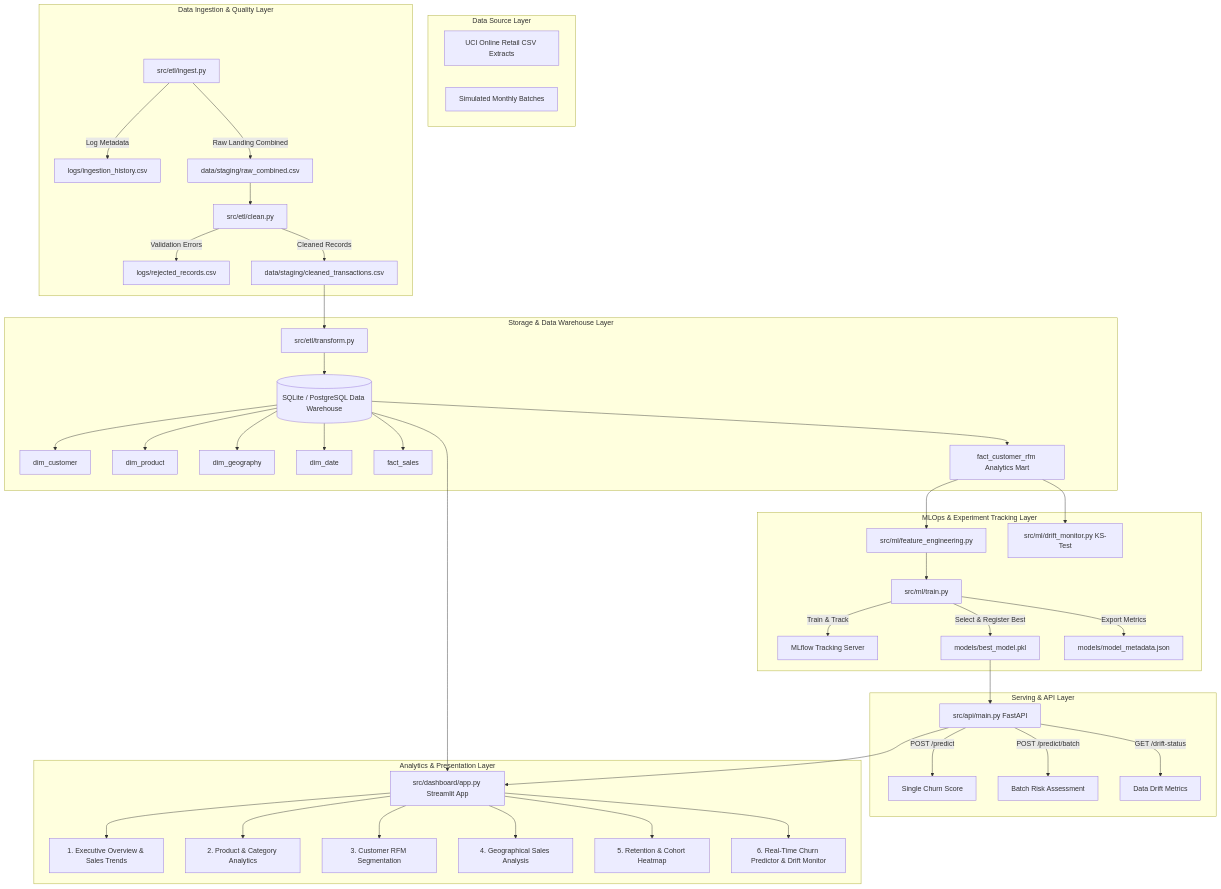
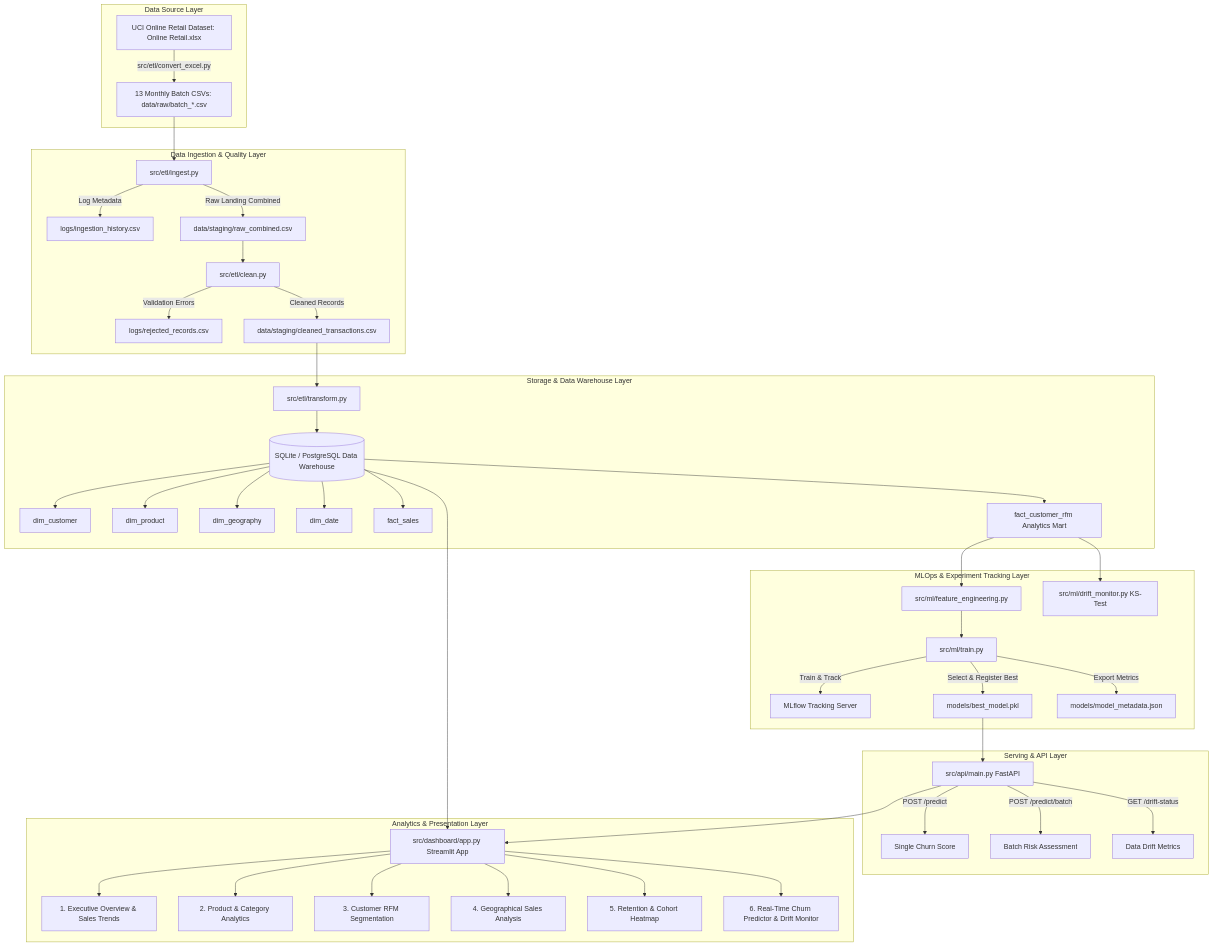
The diagram in docs/architecture_diagram.md (muhammadnavas/ecommerce-churn-mlops-platform), drawn with Mermaid before and after one commit. The commit also changed 32 other files, not shown here.

Commit message:
feat: Integrate real-world UCI Online Retail dataset into ETL & MLOps platform

````diff
--- a/docs/architecture_diagram.md
+++ b/docs/architecture_diagram.md
@@ -7,53 +7,54 @@
 ```mermaid
 flowchart TD
     subgraph Data Source Layer
-        A1[UCI Online Retail CSV Extracts]
-        A2[Simulated Monthly Batches]
+        A1[UCI Online Retail Dataset: Online Retail.xlsx]
+        A1 -->|src/etl/convert_excel.py| A2[13 Monthly Batch CSVs: data/raw/batch_*.csv]
     end
 
     subgraph Data Ingestion & Quality Layer
-        B1[src/etl/ingest.py] -->|Log Metadata| B2[logs/ingestion_history.csv]
+        A2 --> B1[src/etl/ingest.py]
+        B1 -->|Log Metadata| B2[logs/ingestion_history.csv]
         B1 -->|Raw Landing Combined| B3[data/staging/raw_combined.csv]
         B3 --> C1[src/etl/clean.py]
         C1 -->|Validation Errors| C2[logs/rejected_records.csv]
         C1 -->|Cleaned Records| C3[data/staging/cleaned_transactions.csv]
     end
 
     subgraph Storage & Data Warehouse Layer
         C3 --> D1[src/etl/transform.py]
         D1 --> DB[(SQLite / PostgreSQL Data Warehouse)]
         DB --> E1[dim_customer]
         DB --> E2[dim_product]
         DB --> E3[dim_geography]
         DB --> E4[dim_date]
         DB --> E5[fact_sales]
         DB --> E6[fact_customer_rfm Analytics Mart]
     end
 
     subgraph MLOps & Experiment Tracking Layer
         E6 --> F1[src/ml/feature_engineering.py]
         F1 --> F2[src/ml/train.py]
         F2 -->|Train & Track| G1[MLflow Tracking Server]
         F2 -->|Select & Register Best| G2[models/best_model.pkl]
         F2 -->|Export Metrics| G3[models/model_metadata.json]
         E6 --> G4[src/ml/drift_monitor.py KS-Test]
     end
 
     subgraph Serving & API Layer
         G2 --> H1[src/api/main.py FastAPI]
         H1 -->|POST /predict| H2[Single Churn Score]
         H1 -->|POST /predict/batch| H3[Batch Risk Assessment]
         H1 -->|GET /drift-status| H4[Data Drift Metrics]
     end
 
     subgraph Analytics & Presentation Layer
         DB --> I1[src/dashboard/app.py Streamlit App]
         H1 --> I1
         I1 --> J1[1. Executive Overview & Sales Trends]
         I1 --> J2[2. Product & Category Analytics]
         I1 --> J3[3. Customer RFM Segmentation]
         I1 --> J4[4. Geographical Sales Analysis]
         I1 --> J5[5. Retention & Cohort Heatmap]
         I1 --> J6[6. Real-Time Churn Predictor & Drift Monitor]
     end
 ```
````
